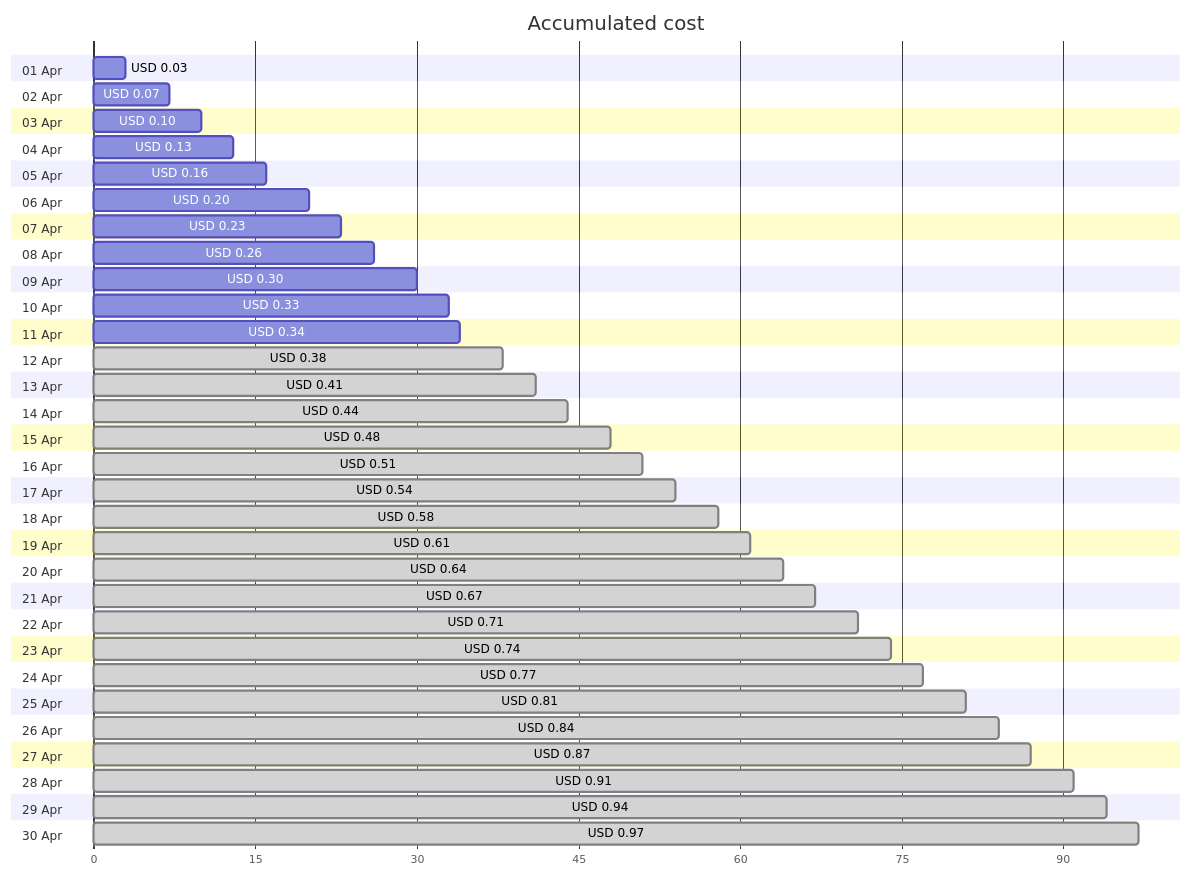
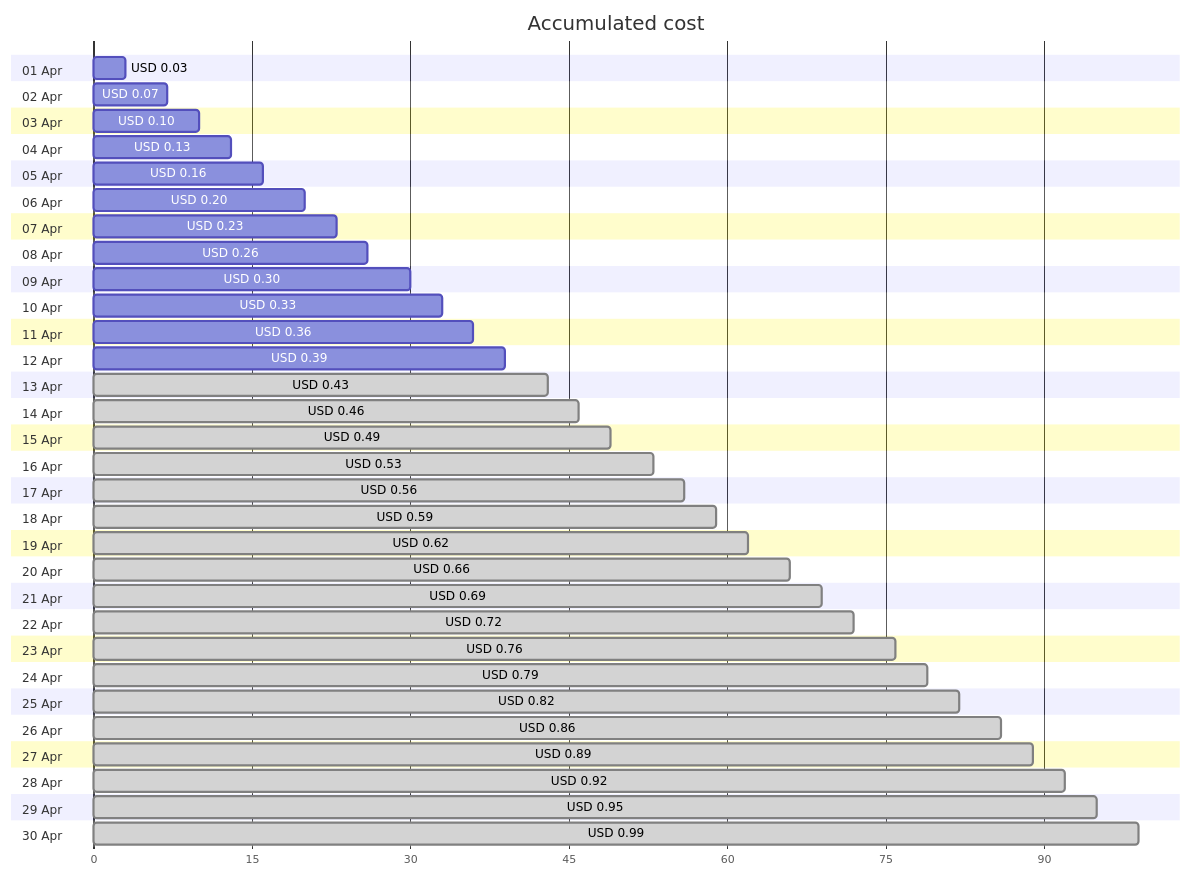
Before and after one commit to jpfulton/azure-personal-reports: the first of 4 diagrams in cost-reports/personal-dns/README.md, drawn with Mermaid. The commit also changed other lines of this file and 2 other files, not shown here.

Commit message:
Generated reports [skip ci]

````diff
--- a/cost-reports/personal-dns/README.md
+++ b/cost-reports/personal-dns/README.md
@@ -20,66 +20,66 @@
 ```mermaid
 gantt
    title Accumulated cost
    dateFormat  X
    axisFormat %s
    section 01 Apr
    USD 0.03 :0, 3
    section 02 Apr
    USD 0.07 :0, 7
    section 03 Apr
    USD 0.10 :0, 10
    section 04 Apr
    USD 0.13 :0, 13
    section 05 Apr
    USD 0.16 :0, 16
    section 06 Apr
    USD 0.20 :0, 20
    section 07 Apr
    USD 0.23 :0, 23
    section 08 Apr
    USD 0.26 :0, 26
    section 09 Apr
    USD 0.30 :0, 30
    section 10 Apr
    USD 0.33 :0, 33
    section 11 Apr
-   USD 0.34 :0, 34
+   USD 0.36 :0, 36
    section 12 Apr
-   USD 0.38 : done, 0, 38
+   USD 0.39 :0, 39
    section 13 Apr
-   USD 0.41 : done, 0, 41
+   USD 0.43 : done, 0, 43
    section 14 Apr
-   USD 0.44 : done, 0, 44
+   USD 0.46 : done, 0, 46
    section 15 Apr
-   USD 0.48 : done, 0, 48
+   USD 0.49 : done, 0, 49
    section 16 Apr
-   USD 0.51 : done, 0, 51
+   USD 0.53 : done, 0, 53
    section 17 Apr
-   USD 0.54 : done, 0, 54
+   USD 0.56 : done, 0, 56
    section 18 Apr
-   USD 0.58 : done, 0, 58
+   USD 0.59 : done, 0, 59
    section 19 Apr
-   USD 0.61 : done, 0, 61
+   USD 0.62 : done, 0, 62
    section 20 Apr
-   USD 0.64 : done, 0, 64
+   USD 0.66 : done, 0, 66
    section 21 Apr
-   USD 0.67 : done, 0, 67
+   USD 0.69 : done, 0, 69
    section 22 Apr
-   USD 0.71 : done, 0, 71
+   USD 0.72 : done, 0, 72
    section 23 Apr
-   USD 0.74 : done, 0, 74
+   USD 0.76 : done, 0, 76
    section 24 Apr
-   USD 0.77 : done, 0, 77
+   USD 0.79 : done, 0, 79
    section 25 Apr
-   USD 0.81 : done, 0, 81
+   USD 0.82 : done, 0, 82
    section 26 Apr
-   USD 0.84 : done, 0, 84
+   USD 0.86 : done, 0, 86
    section 27 Apr
-   USD 0.87 : done, 0, 87
+   USD 0.89 : done, 0, 89
    section 28 Apr
-   USD 0.91 : done, 0, 91
+   USD 0.92 : done, 0, 92
    section 29 Apr
-   USD 0.94 : done, 0, 94
+   USD 0.95 : done, 0, 95
    section 30 Apr
-   USD 0.97 : done, 0, 97
+   USD 0.99 : done, 0, 99
 ```
````
